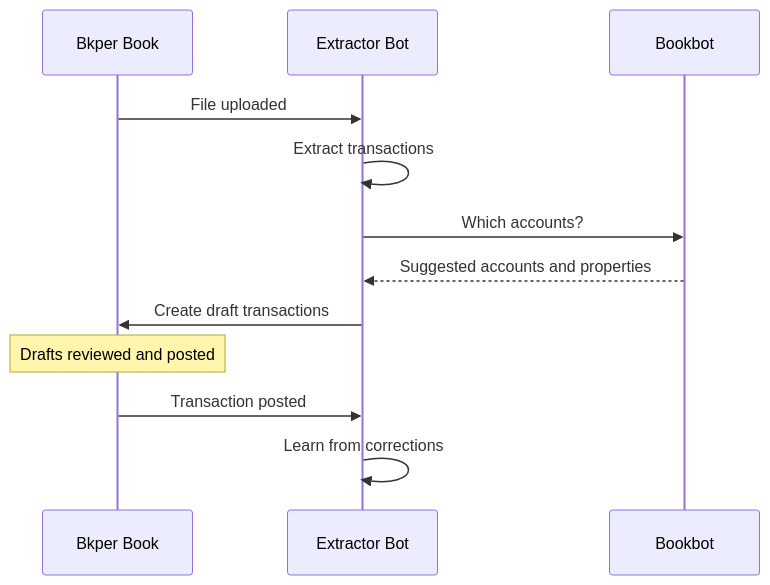
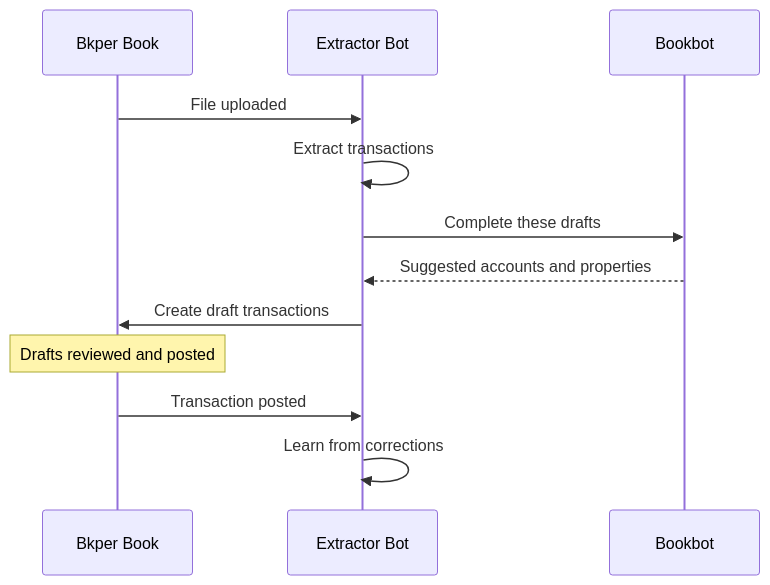
The diagram in extractor-bot/README.md (bkper/bkper-apps), drawn with Mermaid before and after one commit. The commit also changed other lines of this file and 5 other files, not shown here.

````diff
--- a/extractor-bot/README.md
+++ b/extractor-bot/README.md
@@ -9,15 +9,15 @@
 ```mermaid
 sequenceDiagram
     participant Book as Bkper Book
     participant Extractor as Extractor Bot
     participant Bookbot as Bookbot
 
     Book->>Extractor: File uploaded
     Extractor->>Extractor: Extract transactions
-    Extractor->>Bookbot: Which accounts?
+    Extractor->>Bookbot: Complete these drafts
     Bookbot-->>Extractor: Suggested accounts and properties
     Extractor->>Book: Create draft transactions
     Note over Book: Drafts reviewed and posted
     Book->>Extractor: Transaction posted
     Extractor->>Extractor: Learn from corrections
 ```
````
